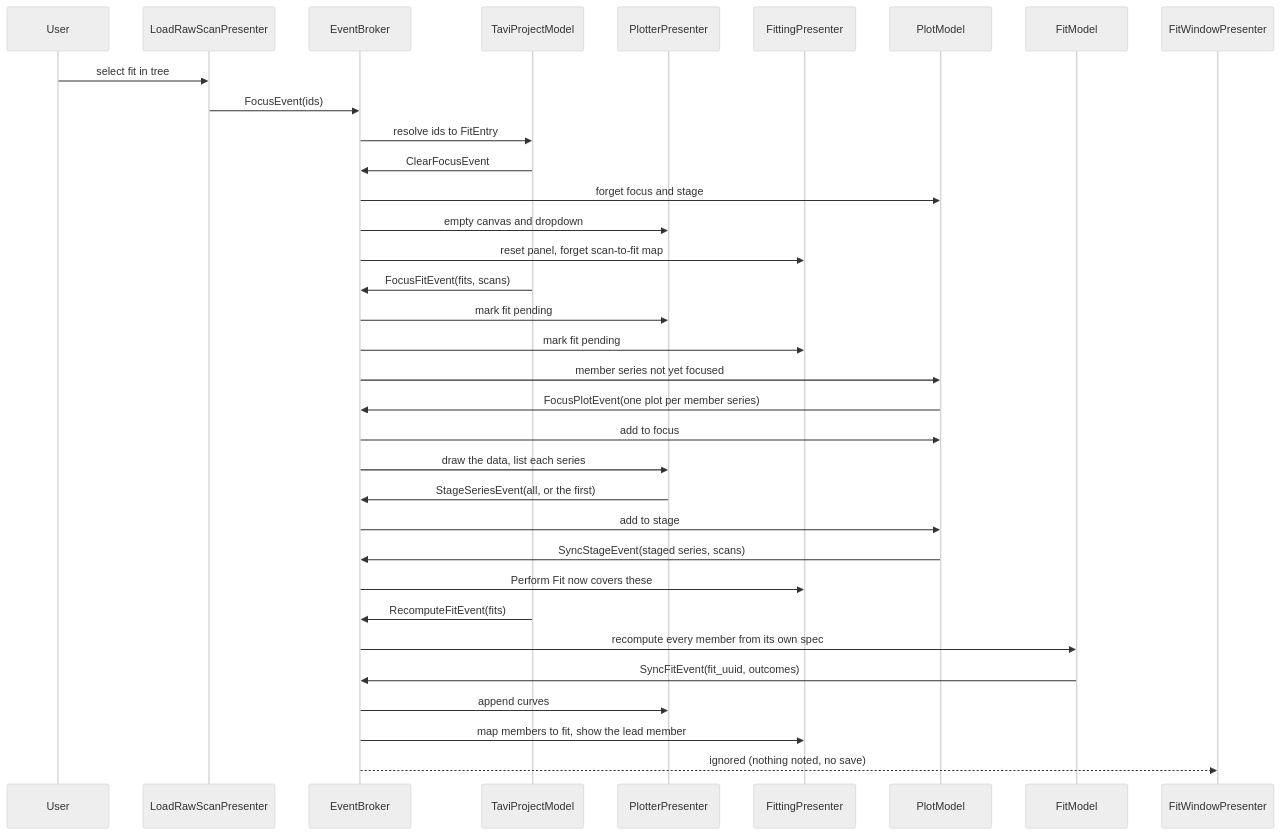
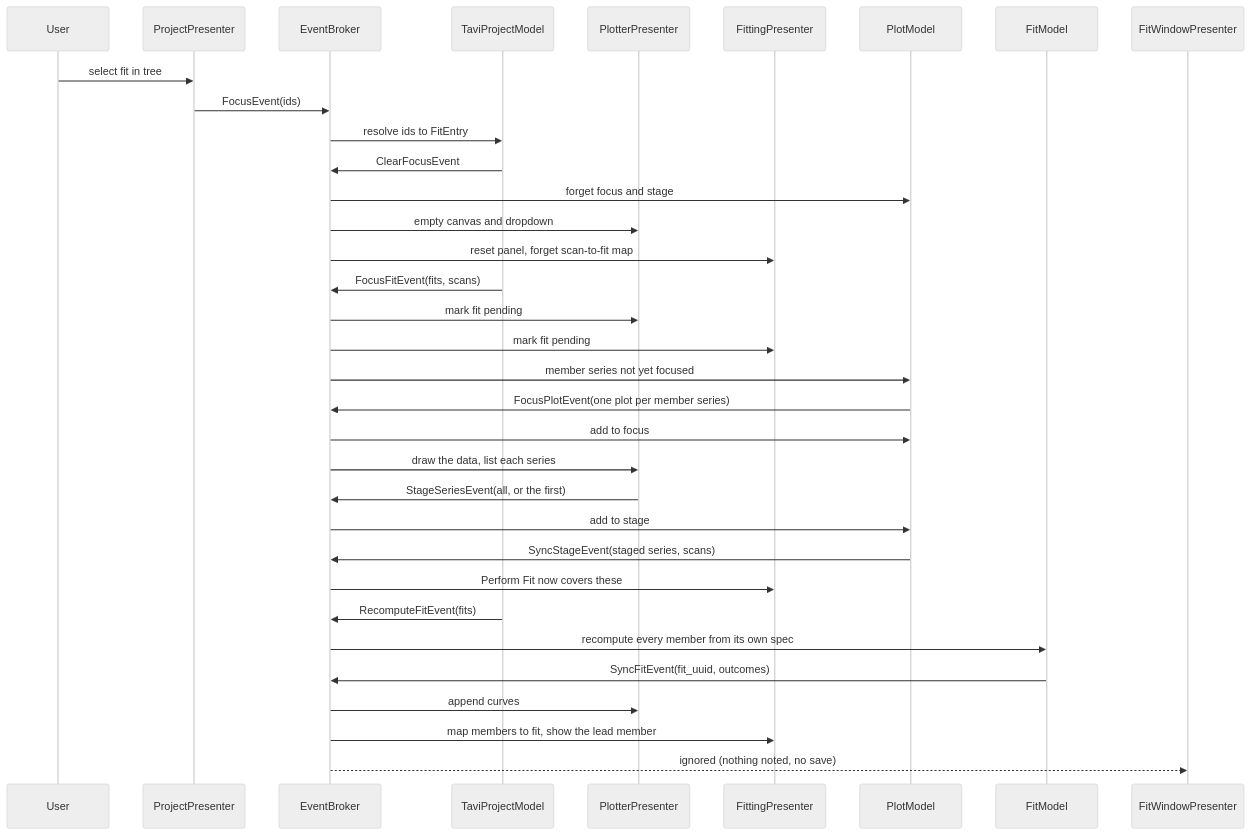
One commit to neutrons/TAVI changed the fourth of 7 diagrams in docs/source/design/frontend/fit_data_model.rst. Above: the diagram before and after it, drawn with Mermaid (neutral theme). The commit also changed other lines of this file and 33 other files, not shown here.

```diff
--- a/docs/source/design/frontend/fit_data_model.rst
+++ b/docs/source/design/frontend/fit_data_model.rst
@@ -403,37 +403,37 @@
 .. mermaid::
 
     sequenceDiagram
         participant User
-        participant LoadRawScanPresenter
+        participant ProjectPresenter
         participant EventBroker
         participant TaviProjectModel
         participant PlotterPresenter
         participant FittingPresenter
         participant PlotModel
         participant FitModel
         participant FitWindowPresenter
 
-        User ->> LoadRawScanPresenter: select fit in tree
-        LoadRawScanPresenter ->> EventBroker: FocusEvent(ids)
+        User ->> ProjectPresenter: select fit in tree
+        ProjectPresenter ->> EventBroker: FocusEvent(ids)
         EventBroker ->> TaviProjectModel: resolve ids to FitEntry
         TaviProjectModel ->> EventBroker: ClearFocusEvent
         EventBroker ->> PlotModel: forget focus and stage
         EventBroker ->> PlotterPresenter: empty canvas and dropdown
         EventBroker ->> FittingPresenter: reset panel, forget scan-to-fit map
         TaviProjectModel ->> EventBroker: FocusFitEvent(fits, scans)
         EventBroker ->> PlotterPresenter: mark fit pending
         EventBroker ->> FittingPresenter: mark fit pending
         EventBroker ->> PlotModel: member series not yet focused
         PlotModel ->> EventBroker: FocusPlotEvent(one plot per member series)
         EventBroker ->> PlotModel: add to focus
         EventBroker ->> PlotterPresenter: draw the data, list each series
         PlotterPresenter ->> EventBroker: StageSeriesEvent(all, or the first)
         EventBroker ->> PlotModel: add to stage
         PlotModel ->> EventBroker: SyncStageEvent(staged series, scans)
         EventBroker ->> FittingPresenter: Perform Fit now covers these
         TaviProjectModel ->> EventBroker: RecomputeFitEvent(fits)
         EventBroker ->> FitModel: recompute every member from its own spec
         FitModel ->> EventBroker: SyncFitEvent(fit_uuid, outcomes)
         EventBroker ->> PlotterPresenter: append curves
         EventBroker ->> FittingPresenter: map members to fit, show the lead member
         EventBroker -->> FitWindowPresenter: ignored (nothing noted, no save)
```
